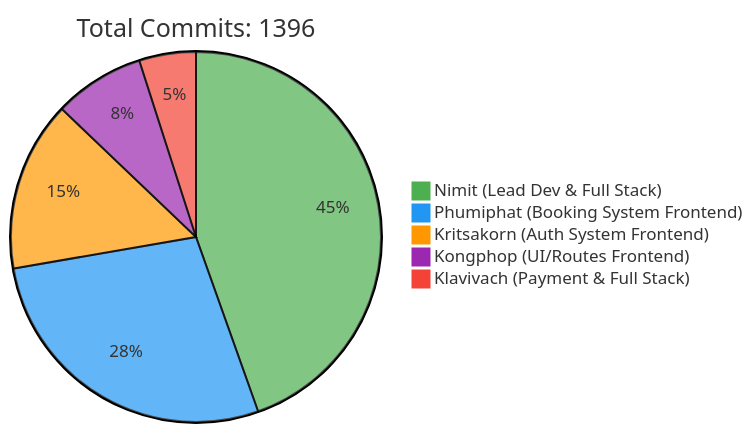
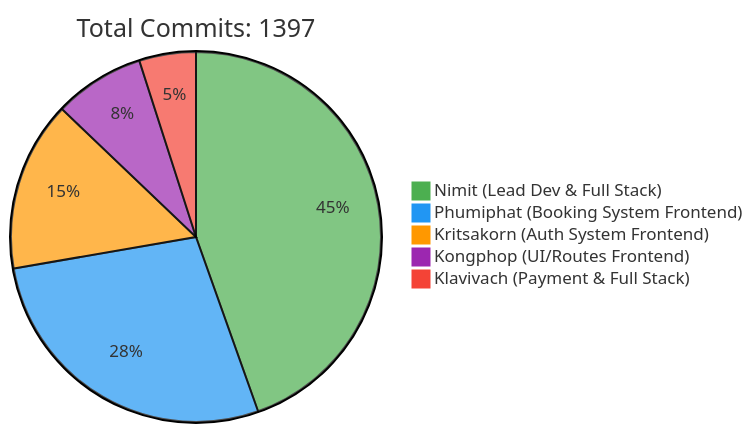
One commit to 6531503042/Sport-Complex changed the first of 2 diagrams in README.md. Above: the diagram before and after it, drawn with Mermaid. The commit also changed other lines of this file, not shown here.

Commit message:
docs: Update contributor statistics [skip ci]

````diff
--- a/README.md
+++ b/README.md
@@ -257,10 +257,10 @@
 ```mermaid
 %%{init: {'theme': 'base', 'themeVariables': { 'pie1': '#4CAF50', 'pie2': '#2196F3', 'pie3': '#FF9800', 'pie4': '#9C27B0', 'pie5': '#F44336'}}}%%
 pie
-    title Total Commits: 1396
+    title Total Commits: 1397
     "Nimit (Lead Dev & Full Stack)" : 450
     "Phumiphat (Booking System Frontend)" : 280
     "Kritsakorn (Auth System Frontend)" : 150
     "Kongphop (UI/Routes Frontend)" : 80
     "Klavivach (Payment & Full Stack)" : 50
 ```
````
